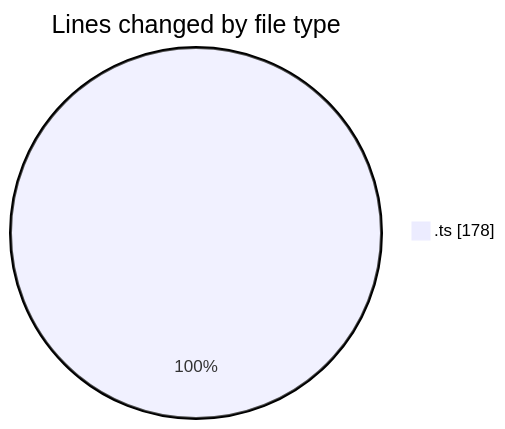
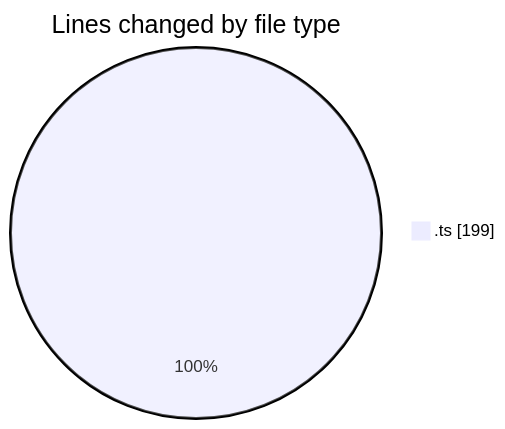
One commit to igalym/code-tracking changed the first of 2 diagrams in 2026-03-31/cinema/README.md. Above: the diagram before and after it, drawn with Mermaid. The commit also changed other lines of this file and 1 other file, not shown here.

````diff
--- a/2026-03-31/cinema/README.md
+++ b/2026-03-31/cinema/README.md
@@ -28,5 +29,5 @@
 ```mermaid
 pie showData
 title Lines changed by file type
-".ts" : 178
+".ts" : 199
 ```
````
